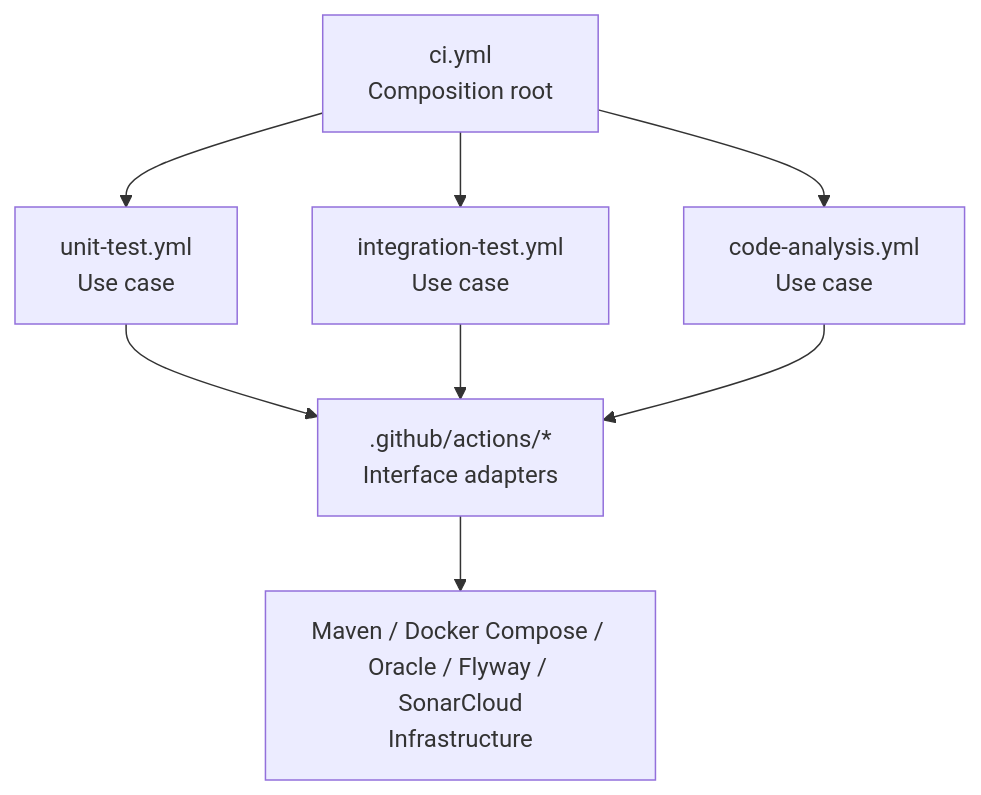
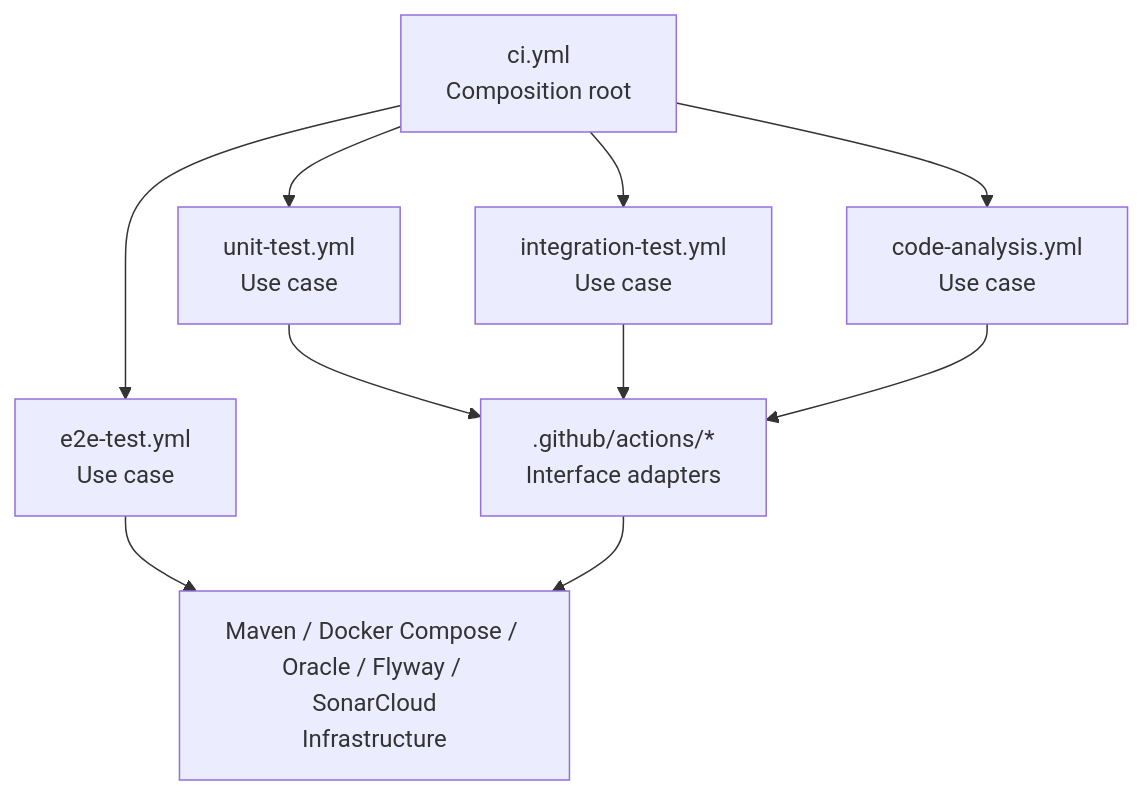
Before and after one commit to samdofreelancer/money-keeper: the first of 2 diagrams in docs/CI_WORKFLOW_ARCHITECTURE.md, drawn with Mermaid. The commit also changed other lines of this file and 7 other files, not shown here.

````diff
--- a/docs/CI_WORKFLOW_ARCHITECTURE.md
+++ b/docs/CI_WORKFLOW_ARCHITECTURE.md
@@ -28,17 +28,20 @@
 ```mermaid
 flowchart TD
     CI["ci.yml<br/>Composition root"]
     Unit["unit-test.yml<br/>Use case"]
     Integration["integration-test.yml<br/>Use case"]
     Analysis["code-analysis.yml<br/>Use case"]
+    E2E["e2e-test.yml<br/>Use case"]
     Actions[".github/actions/*<br/>Interface adapters"]
     Infra["Maven / Docker Compose / Oracle / Flyway / SonarCloud<br/>Infrastructure"]
 
     CI --> Unit
     CI --> Integration
     CI --> Analysis
+    CI --> E2E
     Unit --> Actions
     Integration --> Actions
     Analysis --> Actions
+    E2E --> Infra
     Actions --> Infra
 ```
````
